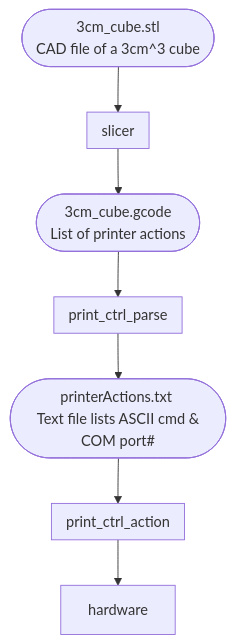
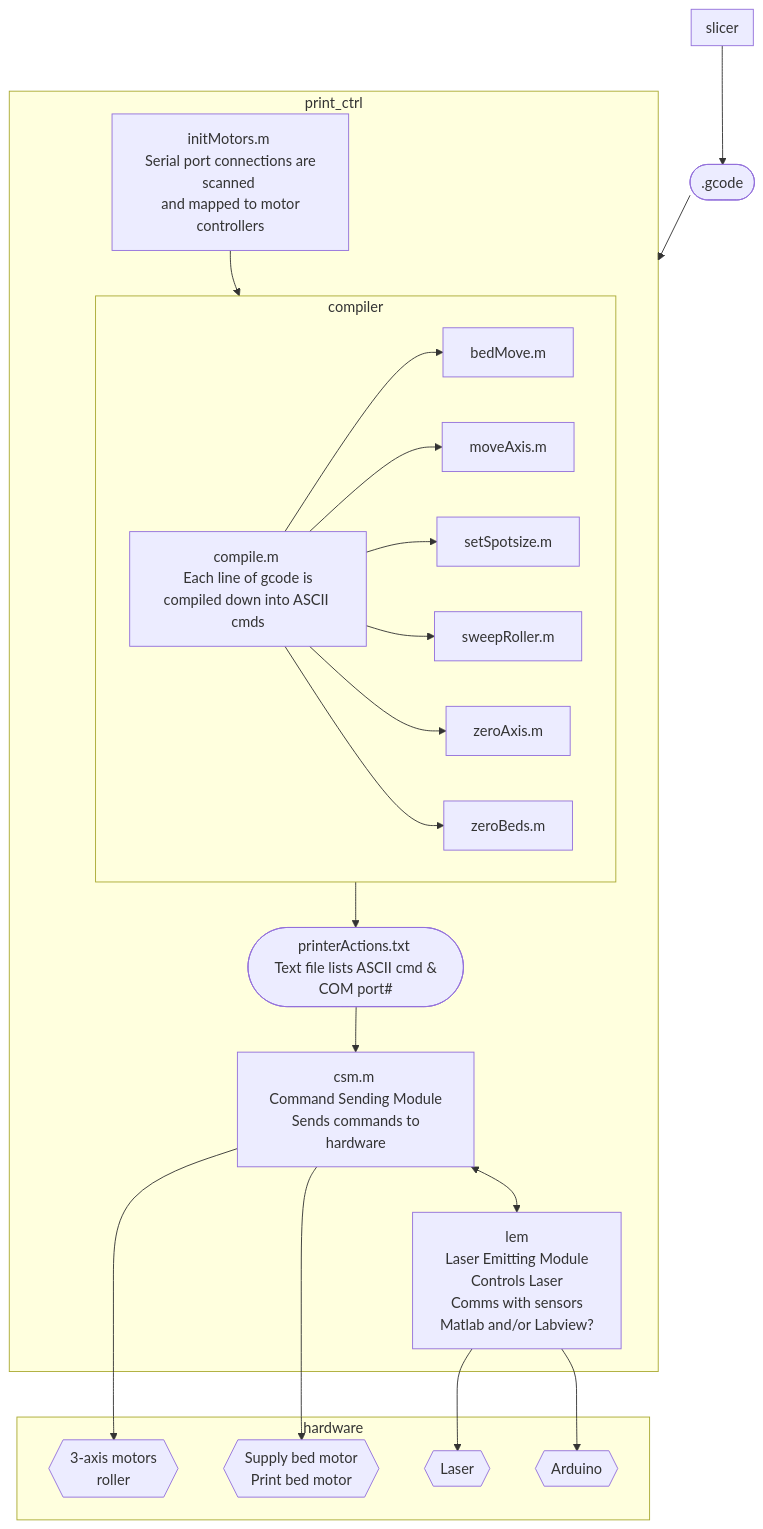
Before and after one commit to Aaron638/cpre491-senior-proj: the fourth of 4 diagrams in docs/newSoftwareFlow.md, drawn with Mermaid. The commit also changed other lines of this file, not shown here.

Commit message:
Update to software flow documentation to show separation of compiler and csm in print_ctrl.

````diff
--- a/docs/newSoftwareFlow.md
+++ b/docs/newSoftwareFlow.md
@@ -115,19 +116,48 @@
 ```mermaid
 flowchart TB
 
-    id1([3cm_cube.stl \n CAD file of a 3cm^3 cube]);
-    id2([3cm_cube.gcode \n List of printer actions]);
-    id3(["printerActions.txt \n Text file lists ASCII cmd & COM port#"]);
+    id1([.gcode]);
+    
     
     subgraph slicer
+
     end
 
-    subgraph print_ctrl_parse
+    subgraph print_ctrl
+
+        pc1["initMotors.m \n Serial port connections are scanned \n and mapped to motor controllers"];
+
+        subgraph compiler
+            pc2["compile.m \n Each line of gcode is compiled down into ASCII cmds"];
+            pc2 --> bedMove.m;
+            pc2 --> moveAxis.m;
+            pc2 --> setSpotsize.m;
+            pc2 --> sweepRoller.m;
+            pc2 --> zeroAxis.m;
+            pc2 --> zeroBeds.m;
+        end
+
+        pc3(["printerActions.txt \n Text file lists ASCII cmd & COM port#"]);
+
+        pc4["csm.m \n Command Sending Module \n Sends commands to hardware"];
+        pc5["lem \n Laser Emitting Module \n Controls Laser \n Comms with sensors \n Matlab and/or Labview?"];
+        pc4 <--> pc5;
+
+        pc1 --> compiler --> pc3 --> pc4;
+
     end
 
-    subgraph print_ctrl_action
+    subgraph hardware
+        hw1{{"3-axis motors \n roller"}};
+        hw2{{"Supply bed motor \n Print bed motor"}};
+        hw3{{"Laser"}};
+        hw4{{"Arduino"}};
     end
 
-    id1 --> slicer --> id2 --> print_ctrl_parse --> id3 --> print_ctrl_action --> hardware;
+    slicer --> id1 --> print_ctrl;
+    pc4 --> hw1;
+    pc4 --> hw2;
+    pc5 --> hw3;
+    pc5 --> hw4;
     
 ```
````
